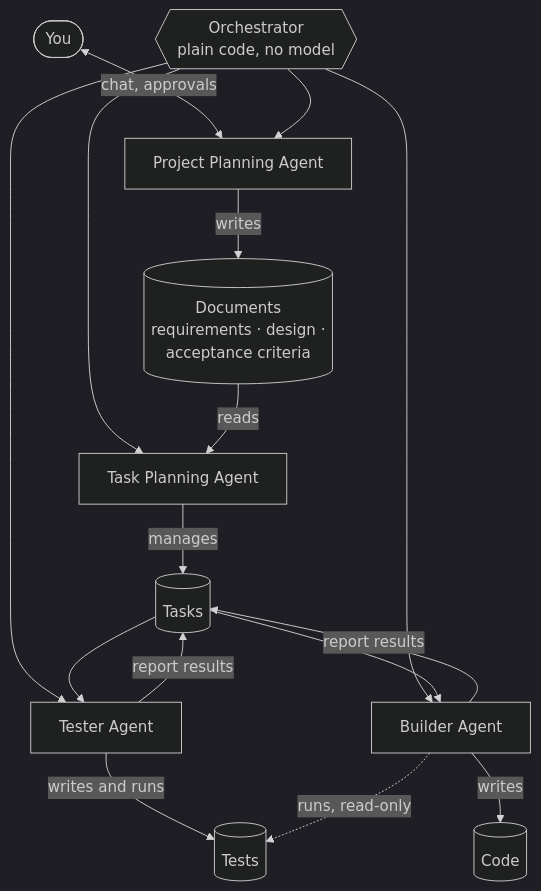
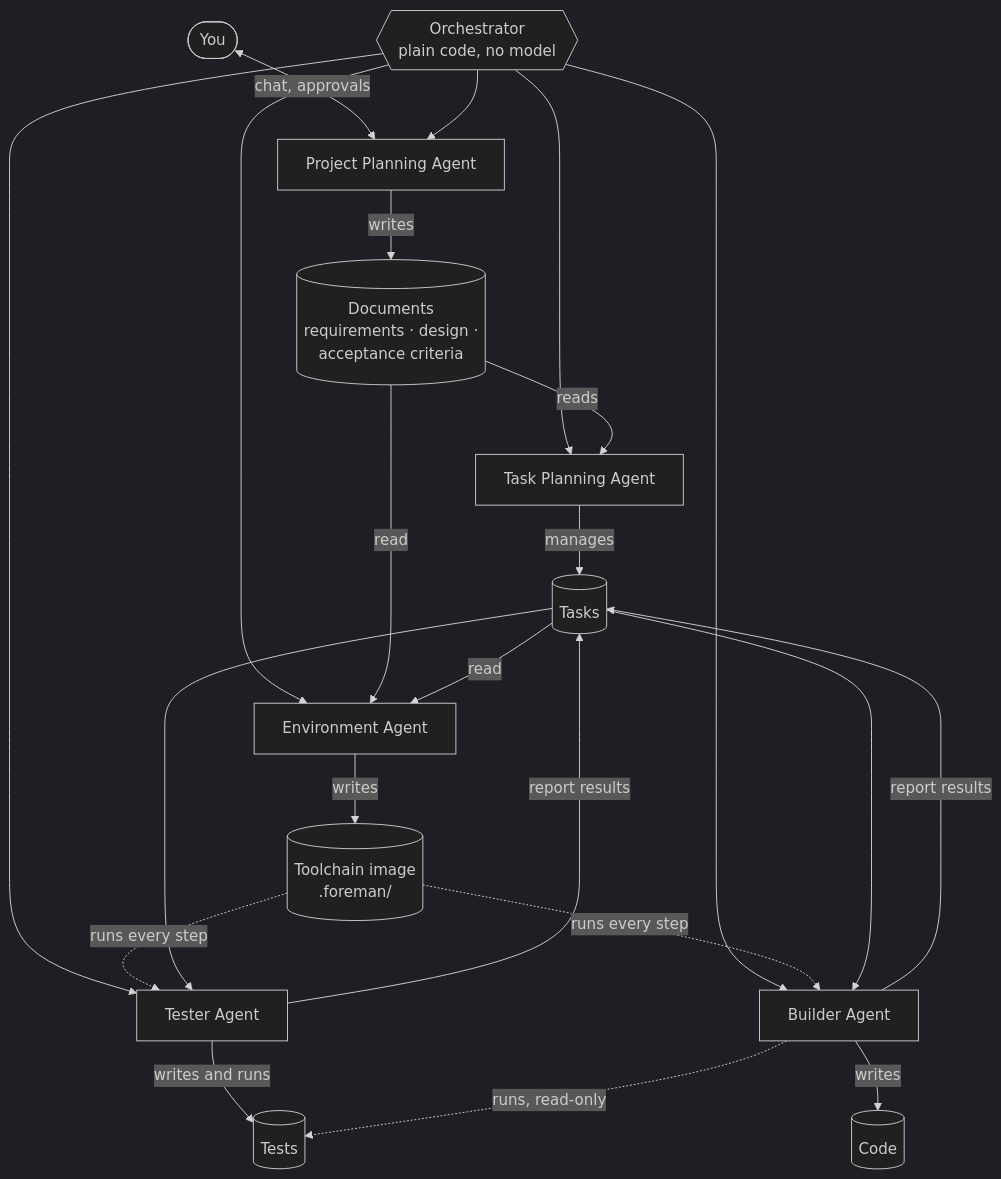
The second of 2 diagrams in ARCHITECTURE.md (hofftodd/ai-factory), drawn with Mermaid (dark theme) before and after one commit. The commit also changed other lines of this file and 38 other files, not shown here.

````diff
--- a/ARCHITECTURE.md
+++ b/ARCHITECTURE.md
@@ -49,15 +51,18 @@
 ```mermaid
 flowchart TB
     you([You]) <-- chat, approvals --> pp
     orch{{Orchestrator<br/>plain code, no model}}
-    orch --> pp & tp & tester & builder
+    orch --> pp & tp & env & tester & builder
     pp[Project Planning Agent] -- writes --> docs[(Documents<br/>requirements · design ·<br/>acceptance criteria)]
     docs -- reads --> tp[Task Planning Agent]
     tp -- manages --> tasks[(Tasks)]
+    docs & tasks -- read --> env[Environment Agent]
+    env -- writes --> image[(Toolchain image<br/>.foreman/)]
+    image -. runs every step .-> tester & builder
     tasks --> tester[Tester Agent]
     tasks --> builder[Builder Agent]
     tester -- writes and runs --> tests[(Tests)]
     builder -- writes --> code[(Code)]
     builder -. runs, read-only .-> tests
     tester & builder -- report results --> tasks
 ```
````
